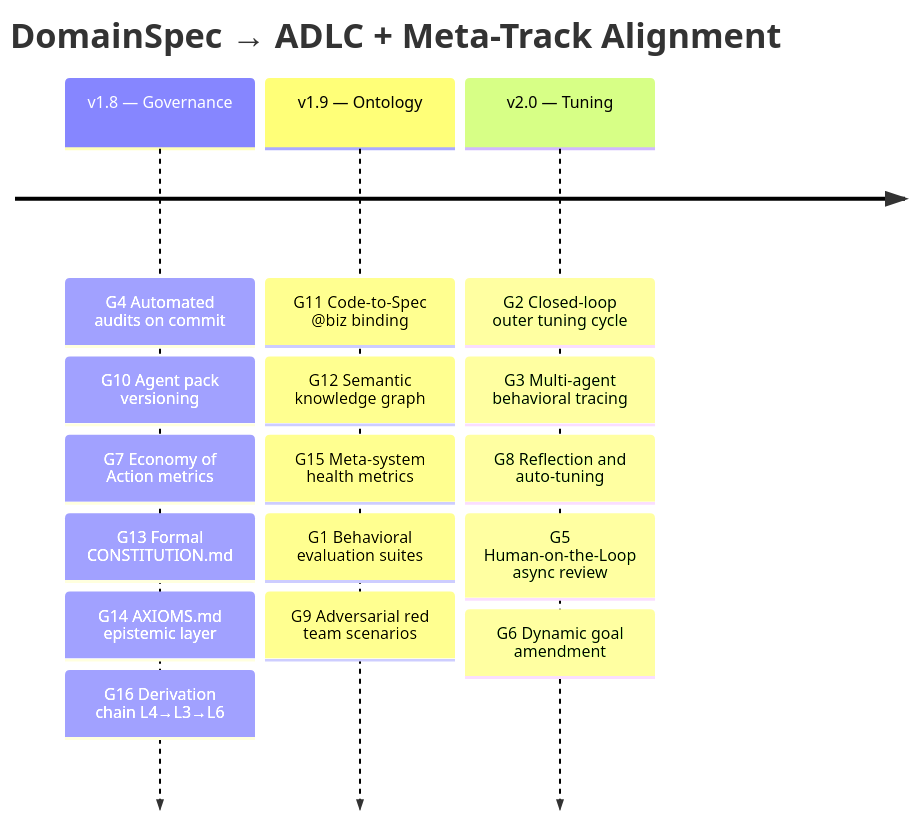
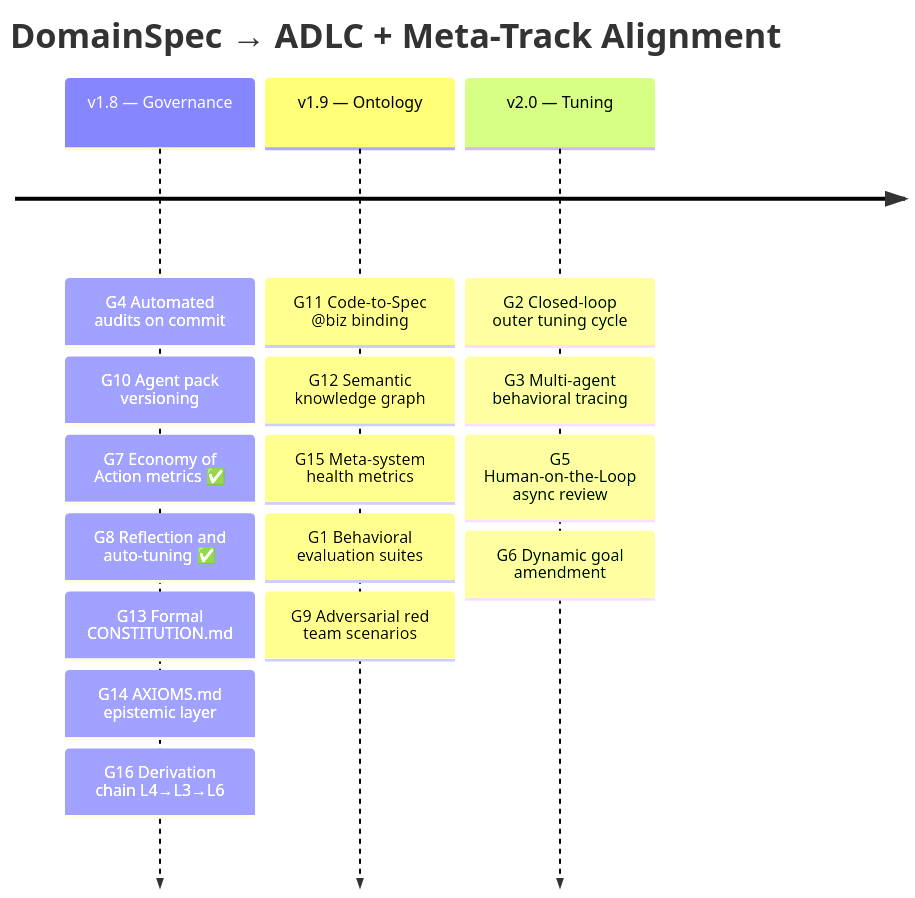
Before and after one commit to cyberAlchemyAI/domainspec: the diagram in ADLC-ALIGNMENT.md, drawn with Mermaid. The commit also changed other lines of this file and 4 other files, not shown here.

First line of the commit message:
feat: add Economy of Action metrics (G7) and Reflection (G8) — v1.8.0

````diff
--- a/ADLC-ALIGNMENT.md
+++ b/ADLC-ALIGNMENT.md
@@ -101,20 +101,20 @@
 ```mermaid
 timeline
     title DomainSpec → ADLC + Meta-Track Alignment
     v1.8 — Governance    : G4 Automated audits on commit
                          : G10 Agent pack versioning
-                         : G7 Economy of Action metrics
+                         : G7 Economy of Action metrics ✅
+                         : G8 Reflection and auto-tuning ✅
                          : G13 Formal CONSTITUTION.md
                          : G14 AXIOMS.md epistemic layer
                          : G16 Derivation chain L4→L3→L6
     v1.9 — Ontology      : G11 Code-to-Spec @biz binding
                          : G12 Semantic knowledge graph
                          : G15 Meta-system health metrics
                          : G1 Behavioral evaluation suites
                          : G9 Adversarial red team scenarios
     v2.0 — Tuning        : G2 Closed-loop outer tuning cycle
                          : G3 Multi-agent behavioral tracing
-                         : G8 Reflection and auto-tuning
                          : G5 Human-on-the-Loop async review
                          : G6 Dynamic goal amendment
 ```
````
